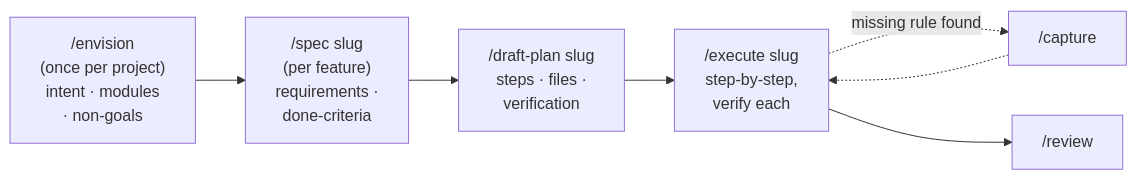
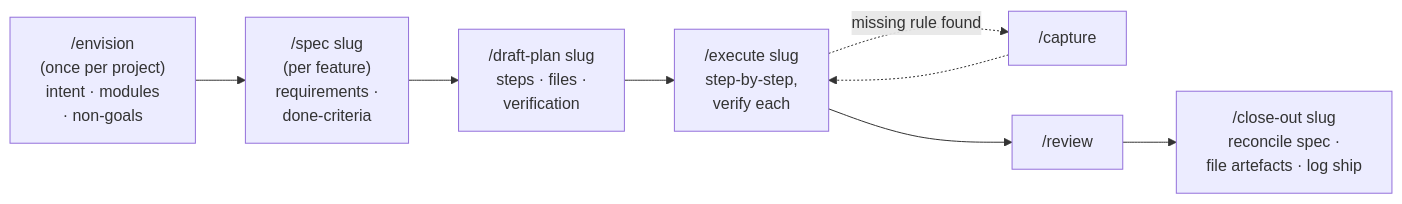
One commit to AcKeskin/contexture changed the third of 3 diagrams in README.md. Above: the diagram before and after it, drawn with Mermaid. The commit also changed other lines of this file and 93 other files, not shown here.

Commit message:
Codemap: build-output denoise + honest folder summaries; sequence diagrams + richer module map; TypeScript/C# call-edge type resolution. Plus the session scope-boundary guard.

````diff
--- a/README.md
+++ b/README.md
@@ -172,9 +174,9 @@
 ```mermaid
 flowchart LR
   V["/envision<br/>(once per project)<br/>intent · modules<br/>· non-goals"] --> S["/spec slug<br/>(per feature)<br/>requirements ·<br/>done-criteria"]
   S --> P["/draft-plan slug<br/>steps · files ·<br/>verification"]
   P --> E["/execute slug<br/>step-by-step,<br/>verify each"]
   E -.->|missing rule found| C["/capture"]
   C -.-> E
-  E --> R["/review"]
+  E --> R["/review"] --> X["/close-out slug<br/>reconcile spec ·<br/>file artefacts · log ship"]
 ```
````
